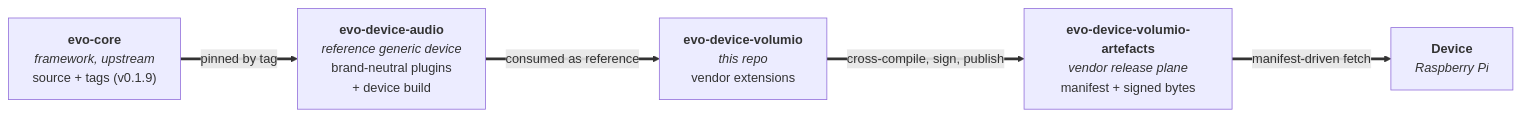
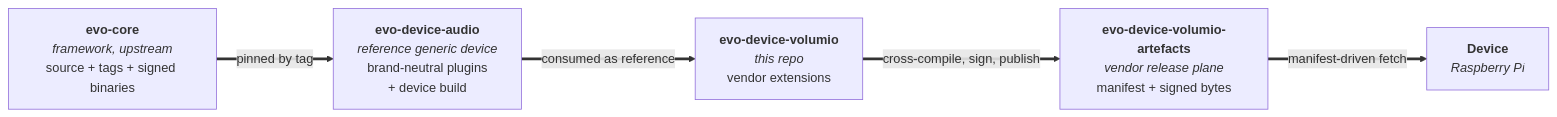
One commit to foonerd/evo-device-volumio changed the diagram in README.md. Above: the diagram before and after it, drawn with Mermaid. The commit also changed other lines of this file and 2 other files, not shown here.

````diff
--- a/README.md
+++ b/README.md
@@ -11,13 +11,13 @@
 ```mermaid
 flowchart LR
-    core["<b>evo-core</b><br/><i>framework, upstream</i><br/>source + tags (v0.1.9)"]
+    core["<b>evo-core</b><br/><i>framework, upstream</i><br/>source + tags + signed binaries"]
     ref["<b>evo-device-audio</b><br/><i>reference generic device</i><br/>brand-neutral plugins<br/>+ device build"]
     src["<b>evo-device-volumio</b><br/><i>this repo</i><br/>vendor extensions"]
     art["<b>evo-device-volumio-artefacts</b><br/><i>vendor release plane</i><br/>manifest + signed bytes"]
     dev["<b>Device</b><br/><i>Raspberry Pi</i>"]
 
     core ==>|pinned by tag| ref
     ref ==>|consumed as reference| src
     src ==>|cross-compile, sign, publish| art
     art ==>|manifest-driven fetch| dev
 ```
````
